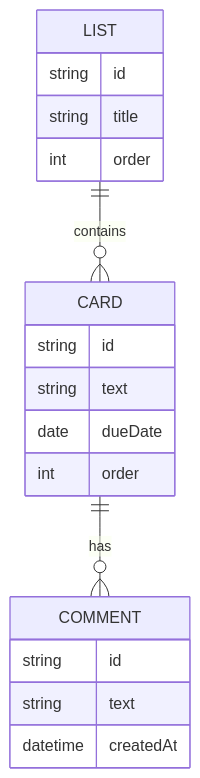
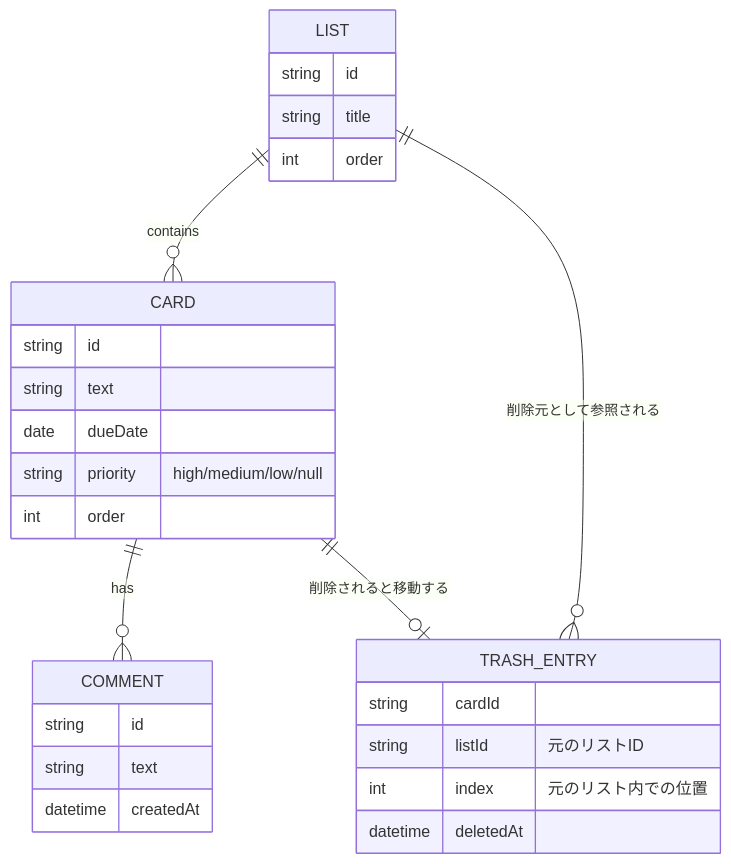
Before and after one commit to doryu0-04092/Trello: the third of 3 diagrams in 要件定義書.md, drawn with Mermaid. The commit also changed other lines of this file and 3 other files, not shown here.

````diff
--- a/要件定義書.md
+++ b/要件定義書.md
@@ -64,22 +154,31 @@
 ```mermaid
 erDiagram
     LIST ||--o{ CARD : contains
     CARD ||--o{ COMMENT : has
+    LIST ||--o{ TRASH_ENTRY : "削除元として参照される"
+    CARD ||--o| TRASH_ENTRY : "削除されると移動する"
 
     LIST {
         string id
         string title
         int order
     }
     CARD {
         string id
         string text
         date dueDate
+        string priority "high/medium/low/null"
         int order
     }
     COMMENT {
         string id
         string text
         datetime createdAt
     }
+    TRASH_ENTRY {
+        string cardId
+        string listId "元のリストID"
+        int index "元のリスト内での位置"
+        datetime deletedAt
+    }
 ```
````
